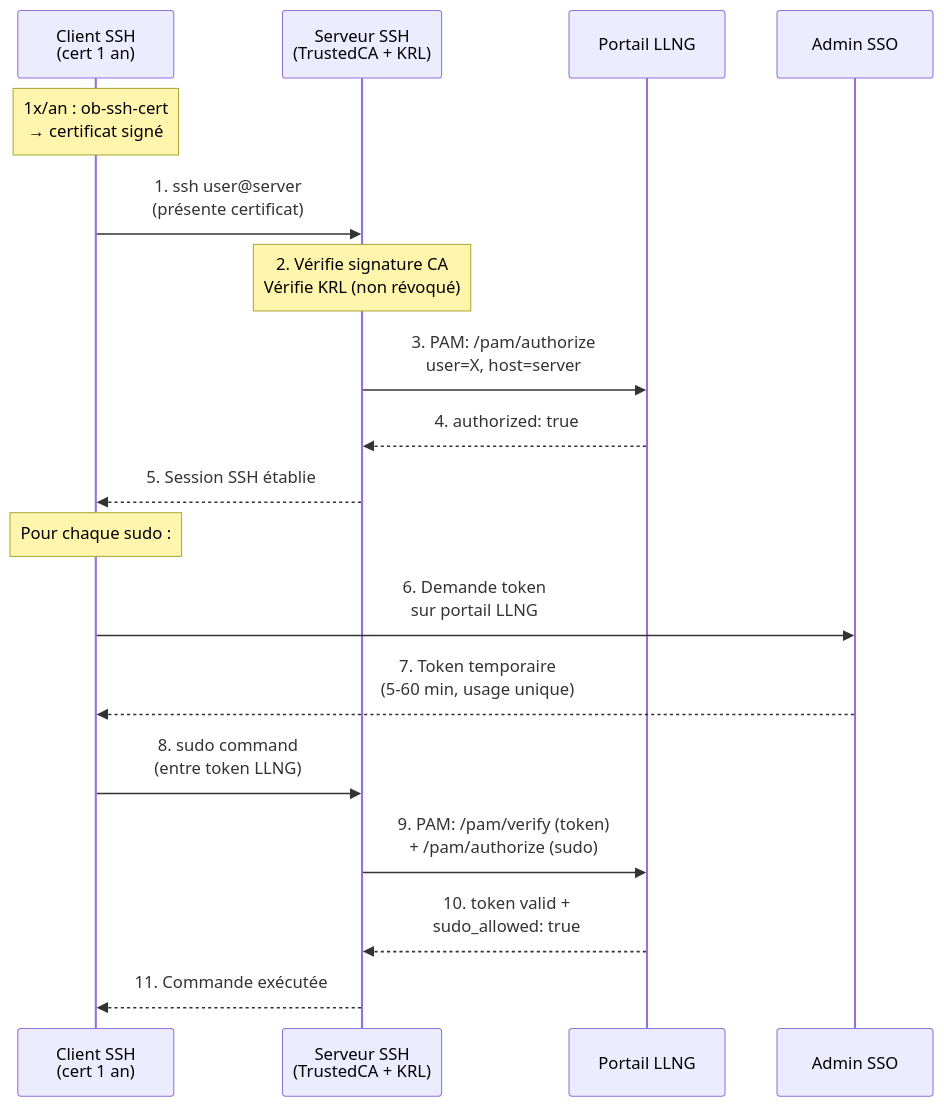
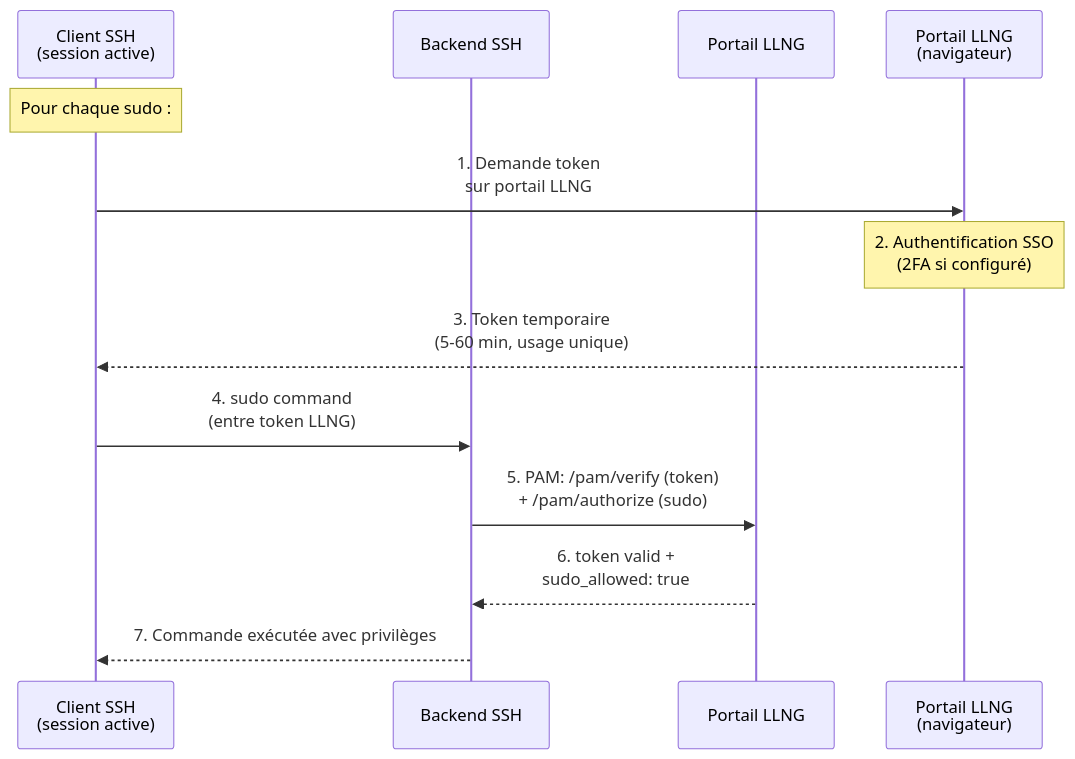
One commit to linagora/open-bastion changed the third of 5 diagrams in doc/security/02-ssh-connection.md. Above: the diagram before and after it, drawn with Mermaid. The commit also changed other lines of this file and 4 other files, not shown here.

````diff
--- a/doc/security/02-ssh-connection.md
+++ b/doc/security/02-ssh-connection.md
@@ -1144,23 +92,16 @@
 ```mermaid
 sequenceDiagram
-    participant Client as Client SSH<br/>(cert 1 an)
-    participant Srv as Serveur SSH<br/>(TrustedCA + KRL)
+    participant Client as Client SSH<br/>(session active)
+    participant Backend as Backend SSH
     participant LLNG as Portail LLNG
-    participant Admin as Admin SSO
-
-    Note over Client: 1x/an : ob-ssh-cert<br/>→ certificat signé
-
-    Client->>Srv: 1. ssh user@server<br/>(présente certificat)
-    Note over Srv: 2. Vérifie signature CA<br/>Vérifie KRL (non révoqué)
-    Srv->>LLNG: 3. PAM: /pam/authorize<br/>user=X, host=server
-    LLNG-->>Srv: 4. authorized: true
-    Srv-->>Client: 5. Session SSH établie
+    participant Admin as Portail LLNG<br/>(navigateur)
 
     Note over Client: Pour chaque sudo :
-    Client->>Admin: 6. Demande token<br/>sur portail LLNG
-    Admin-->>Client: 7. Token temporaire<br/>(5-60 min, usage unique)
-    Client->>Srv: 8. sudo command<br/>(entre token LLNG)
-    Srv->>LLNG: 9. PAM: /pam/verify (token)<br/>+ /pam/authorize (sudo)
-    LLNG-->>Srv: 10. token valid +<br/>sudo_allowed: true
-    Srv-->>Client: 11. Commande exécutée
+    Client->>Admin: 1. Demande token<br/>sur portail LLNG
+    Note over Admin: 2. Authentification SSO<br/>(2FA si configuré)
+    Admin-->>Client: 3. Token temporaire<br/>(5-60 min, usage unique)
+    Client->>Backend: 4. sudo command<br/>(entre token LLNG)
+    Backend->>LLNG: 5. PAM: /pam/verify (token)<br/>+ /pam/authorize (sudo)
+    LLNG-->>Backend: 6. token valid +<br/>sudo_allowed: true
+    Backend-->>Client: 7. Commande exécutée avec privilèges
 ```
````
